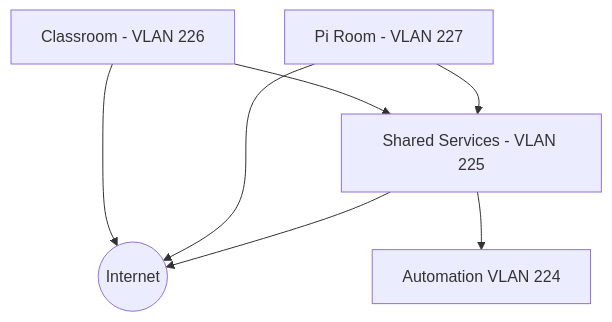
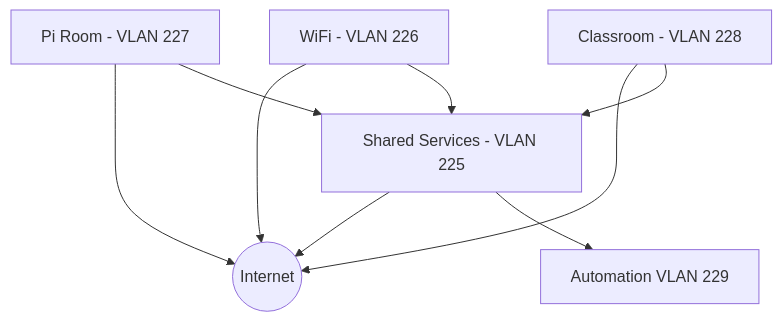
One commit to leigh-hackspace/HackspaceWiki changed the second of 2 diagrams in docs/membership/member_information/network_layout.md. Above: the diagram before and after it, drawn with Mermaid.

````diff
--- a/docs/membership/member_information/network_layout.md
+++ b/docs/membership/member_information/network_layout.md
@@ -76,15 +76,18 @@
 ```mermaid
 graph
     INTERNET((Internet))
+    SHARED[Shared Services - VLAN 225]
+    WIFI[WiFi - VLAN 226]
     PIROOM[Pi Room - VLAN 227]
-    CLASSROOM[Classroom - VLAN 226]
-    SHARED[Shared Services - VLAN 225]
-    AUTOMATION[Automation VLAN 224]
+    CLASSROOM[Classroom - VLAN 228]
+    AUTOMATION[Automation VLAN 229]
     SHARED --> INTERNET
     PIROOM --> INTERNET
     CLASSROOM --> INTERNET
+    WIFI --> INTERNET
     
+    WIFI --> SHARED
     PIROOM --> SHARED
     CLASSROOM --> SHARED
     SHARED --> AUTOMATION
 ```
````
